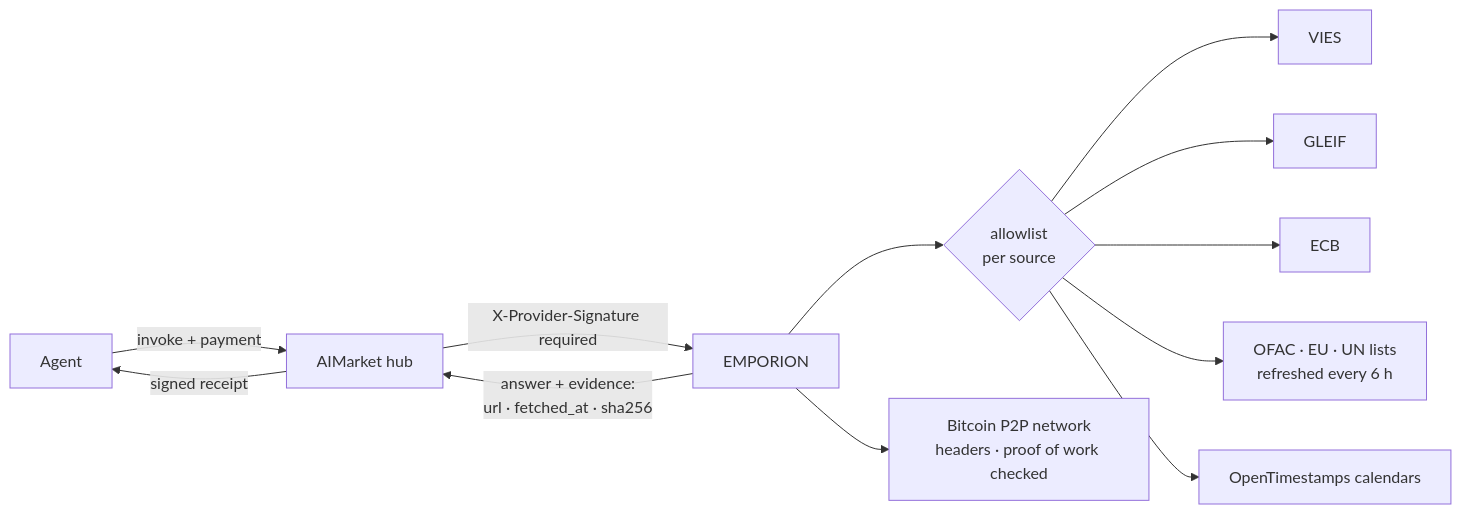
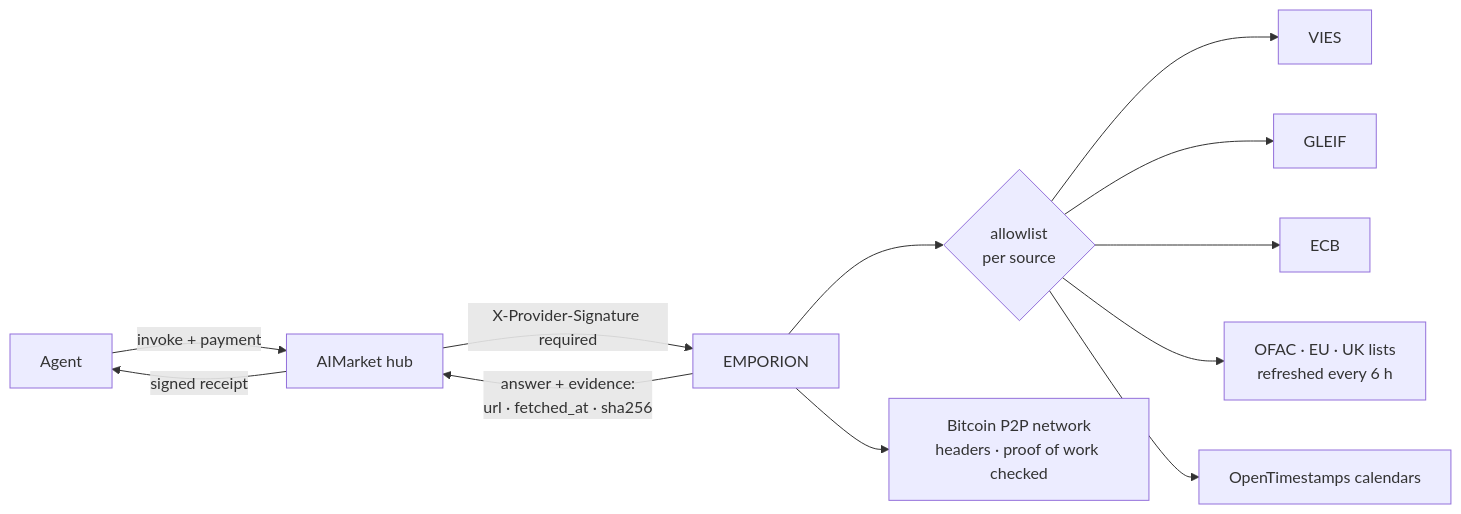
Before and after one commit to alexar76/emporion: the first of 3 diagrams in README.md, drawn with Mermaid. The commit also changed other lines of this file and 19 other files, not shown here.

````diff
--- a/README.md
+++ b/README.md
@@ -63,14 +63,14 @@
 ```mermaid
 flowchart LR
     A[Agent] -->|invoke + payment| H[AIMarket hub]
     H -->|X-Provider-Signature required| E[EMPORION]
     E --> N{allowlist<br/>per source}
     N --> V[VIES]
     N --> G[GLEIF]
     N --> C[ECB]
-    N --> S[OFAC · EU · UN lists<br/>refreshed every 6 h]
+    N --> S[OFAC · EU · UK lists<br/>refreshed every 6 h]
     N --> O[OpenTimestamps calendars]
     E --> X[Bitcoin P2P network<br/>headers · proof of work checked]
     E -->|answer + evidence:<br/>url · fetched_at · sha256| H
     H -->|signed receipt| A
 ```
````
